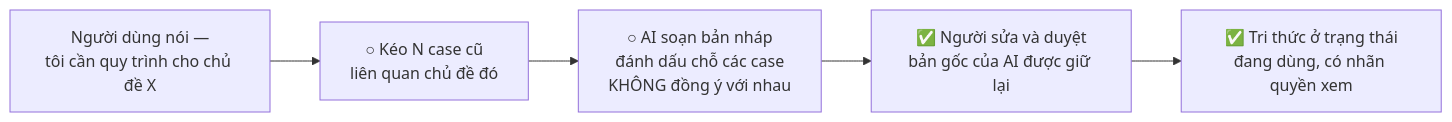
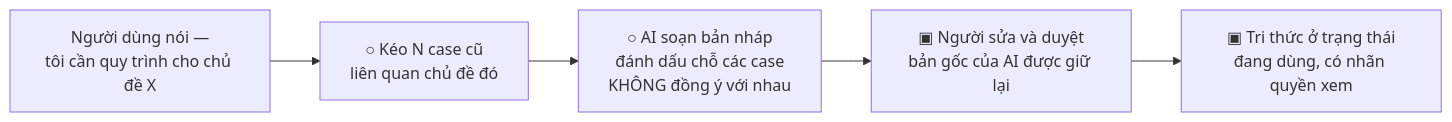
The second of 4 diagrams in README.md (pvanh2706/ai-operational-platform), drawn with Mermaid before and after one commit. The commit also changed other lines of this file and 12 other files, not shown here.

````diff
--- a/README.md
+++ b/README.md
@@ -162,9 +201,9 @@
 ```mermaid
 flowchart LR
     A["Người dùng nói —<br/>tôi cần quy trình cho chủ đề X"]
     B["○ Kéo N case cũ<br/>liên quan chủ đề đó"]
     C["○ AI soạn bản nháp<br/>đánh dấu chỗ các case<br/>KHÔNG đồng ý với nhau"]
-    D["✅ Người sửa và duyệt<br/>bản gốc của AI được giữ lại"]
-    E["✅ Tri thức ở trạng thái<br/>đang dùng, có nhãn quyền xem"]
+    D["▣ Người sửa và duyệt<br/>bản gốc của AI được giữ lại"]
+    E["▣ Tri thức ở trạng thái<br/>đang dùng, có nhãn quyền xem"]
     A --> B --> C --> D --> E
 ```
````
